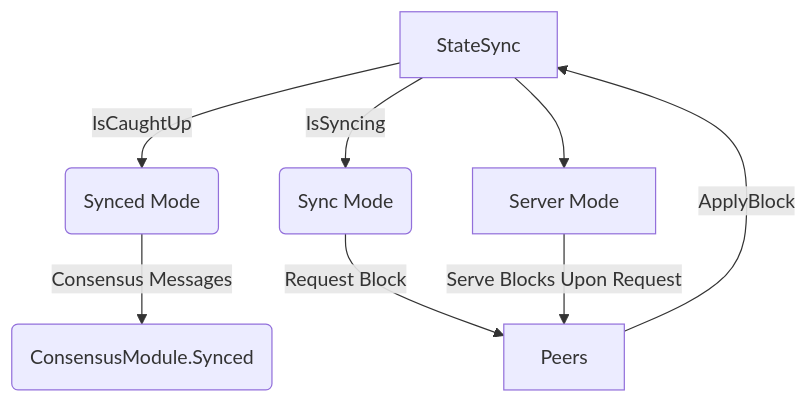
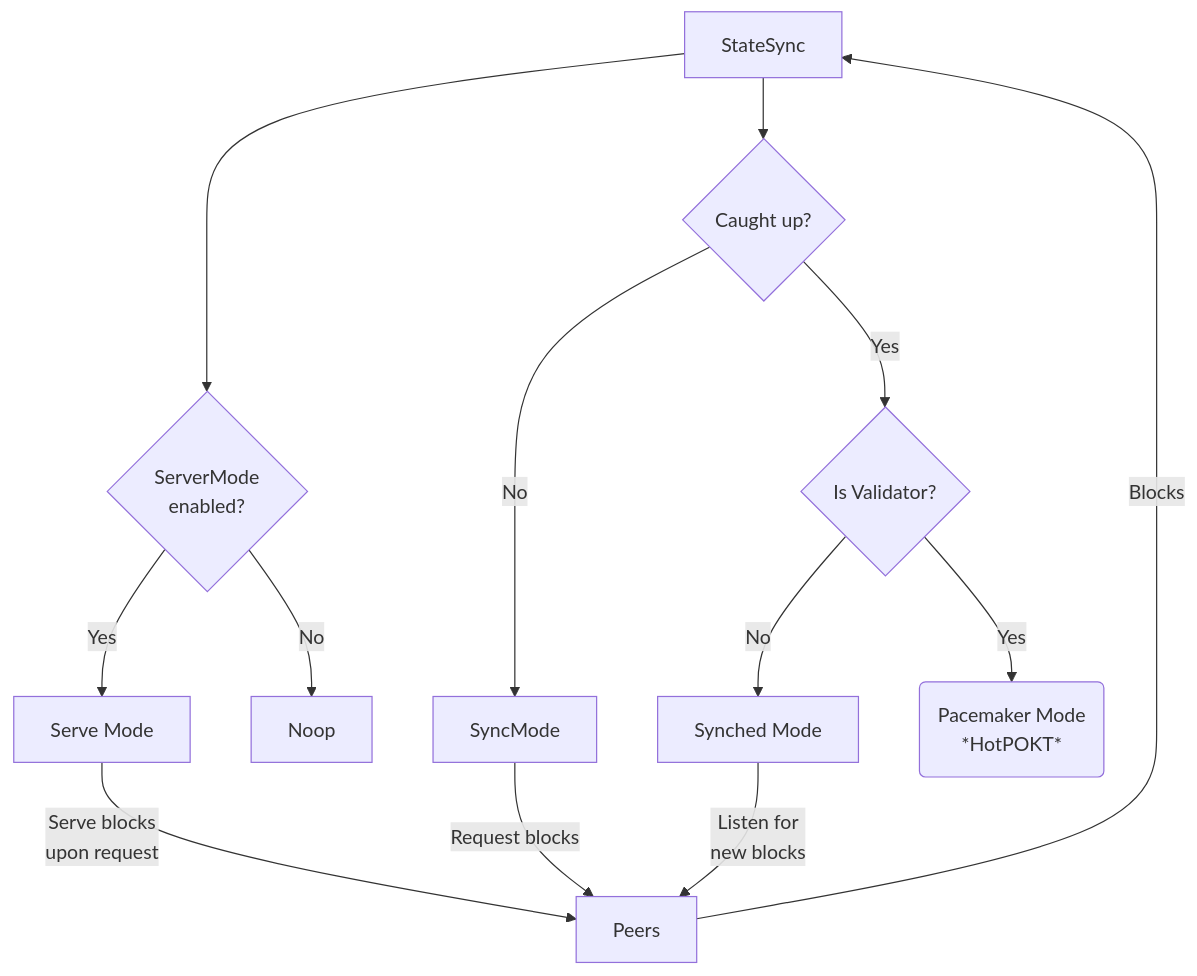
One commit to pokt-network/pocket changed the second of 4 diagrams in consensus/doc/PROTOCOL_STATE_SYNC.md. Above: the diagram before and after it, drawn with Mermaid. The commit also changed other lines of this file and 8 other files, not shown here.

First line of the commit message:
[Consensus] State sync design overhaul - block-by-block state sync (#413)

````diff
--- a/consensus/doc/PROTOCOL_STATE_SYNC.md
+++ b/consensus/doc/PROTOCOL_STATE_SYNC.md
@@ -79,10 +122,25 @@
 ```mermaid
-graph TD
-    A[StateSync] -->|IsCaughtUp| B(Synced Mode)
-    B --> |Consensus Messages| C(ConsensusModule.Synced)
-    A --> |IsSyncing| E(Sync Mode)
-    E --> |Request Block| G[Peers]
-    G--> |ApplyBlock| A
-    A --> D[Server Mode]
-    D --> |Serve Blocks Upon Request| G
+flowchart TD
+    A[StateSync] --> B{Caught up?}
+    A[StateSync] --> P{ServerMode <br> enabled?}
+
+    %% Is serving peers?
+    P --> |Yes| Q[Serve Mode]
+    P --> |No| R[Noop]
+    Q --> |Serve blocks<br>upon request| Z[Peers]
+
+    %% Is caught up?
+    B --> |Yes| C{Is Validator?}
+    B --> |No| D[SyncMode]
+
+    %% Synching
+    D --> |Request blocks| Z[Peers]
+
+    %% Is a validator?
+    C --> |No| E[Synched Mode]
+    C --> |Yes| F(Pacemaker Mode<br>*HotPOKT*)
+    E --> |Listen for<br>new blocks| Z[Peers]
+
+    %% Loop back
+    Z[Peers] --> |Blocks| A[StateSync]
 ```
````
